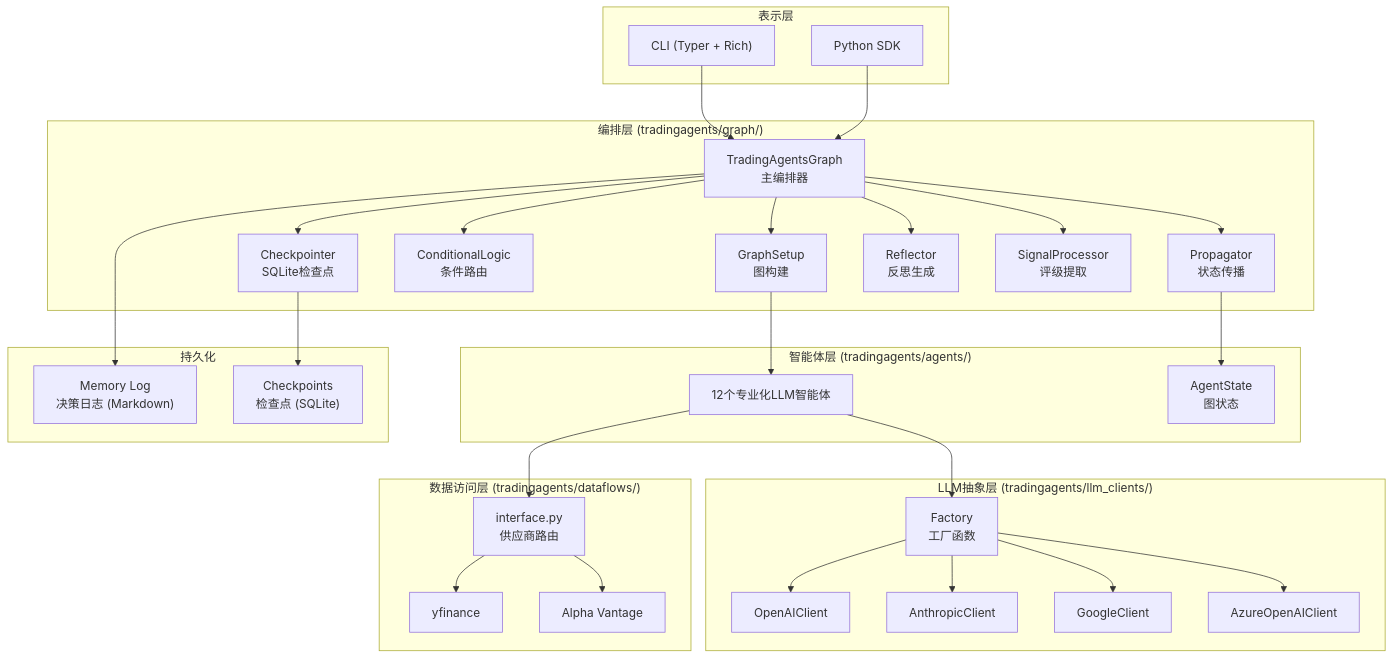
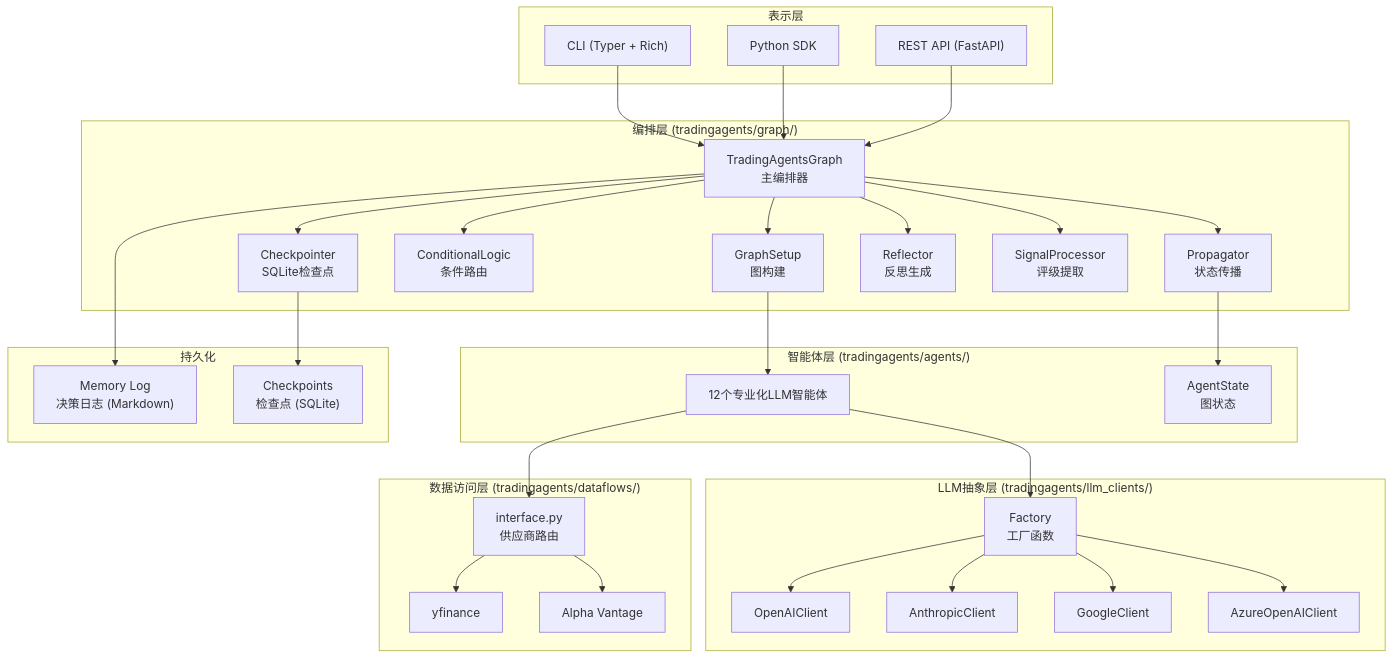
One commit to kindywu/TradingAgents changed the first of 16 diagrams in docs/架构设计文档.md. Above: the diagram before and after it, drawn with Mermaid. The commit also changed other lines of this file and 3 other files, not shown here.

````diff
--- a/docs/架构设计文档.md
+++ b/docs/架构设计文档.md
@@ -9,62 +9,64 @@
 ```mermaid
 graph TB
     subgraph 表示层
         CLI["CLI (Typer + Rich)"]
         SDK["Python SDK"]
+        API["REST API (FastAPI)"]
     end
 
     subgraph 编排层["编排层 (tradingagents/graph/)"]
         TG["TradingAgentsGraph<br/>主编排器"]
         GS["GraphSetup<br/>图构建"]
         PR["Propagator<br/>状态传播"]
         CL["ConditionalLogic<br/>条件路由"]
         CP["Checkpointer<br/>SQLite检查点"]
         RF["Reflector<br/>反思生成"]
         SP["SignalProcessor<br/>评级提取"]
     end
 
     subgraph 智能体层["智能体层 (tradingagents/agents/)"]
         AG["12个专业化LLM智能体"]
         AS["AgentState<br/>图状态"]
     end
 
     subgraph LLM抽象层["LLM抽象层 (tradingagents/llm_clients/)"]
         FC["Factory<br/>工厂函数"]
         OC["OpenAIClient"]
         AC["AnthropicClient"]
         GC["GoogleClient"]
         AZ["AzureOpenAIClient"]
     end
 
     subgraph 数据访问层["数据访问层 (tradingagents/dataflows/)"]
         IF["interface.py<br/>供应商路由"]
         YF["yfinance"]
         AV["Alpha Vantage"]
     end
 
     subgraph 持久化
         ML["Memory Log<br/>决策日志 (Markdown)"]
         CK["Checkpoints<br/>检查点 (SQLite)"]
     end
 
     CLI --> TG
     SDK --> TG
+    API --> TG
     TG --> GS
     TG --> PR
     TG --> CL
     TG --> CP
     TG --> RF
     TG --> SP
     GS --> AG
     PR --> AS
     AG --> FC
     FC --> OC
     FC --> AC
     FC --> GC
     FC --> AZ
     AG --> IF
     IF --> YF
     IF --> AV
     TG --> ML
     CP --> CK
 ```
````
